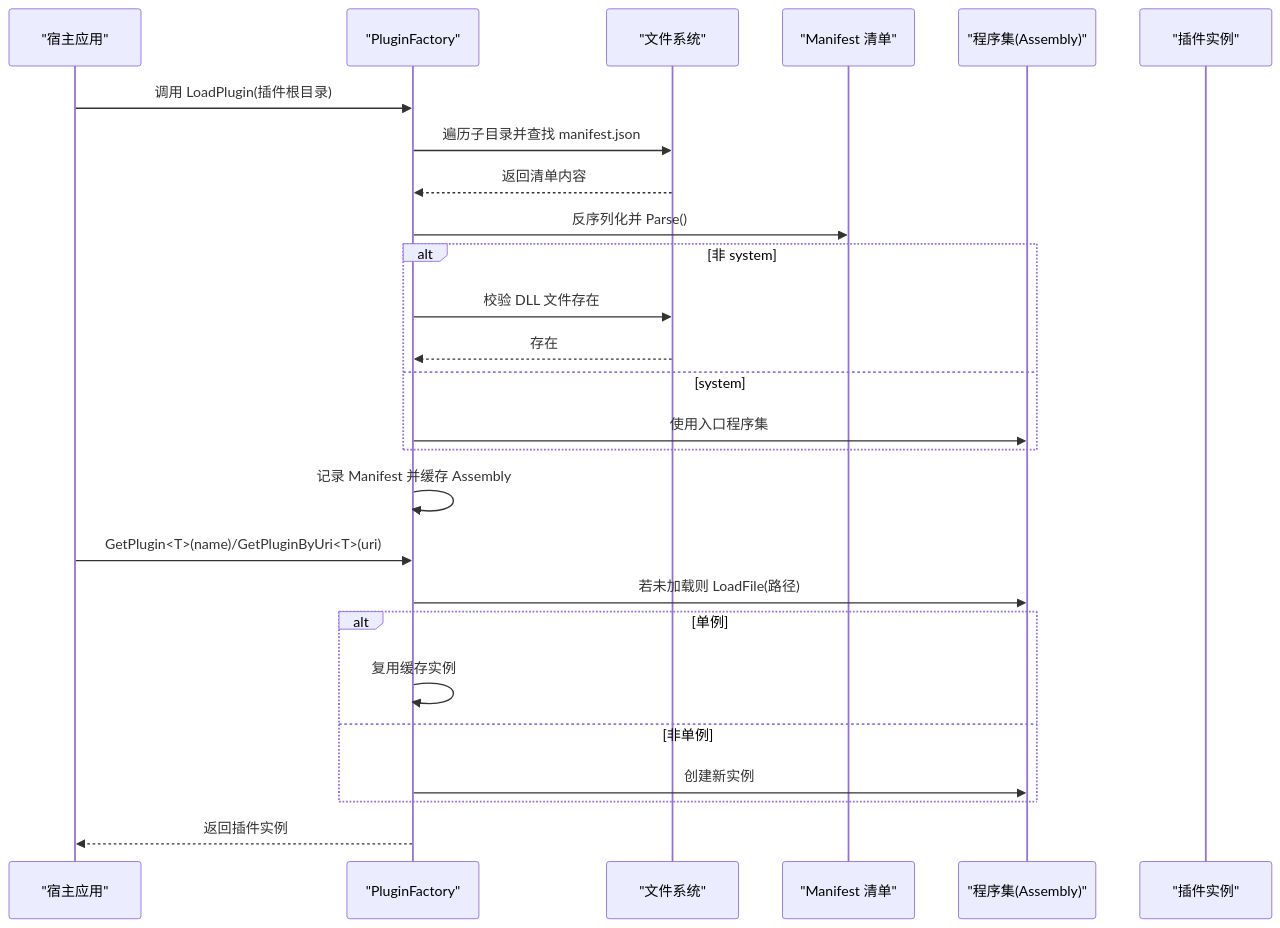
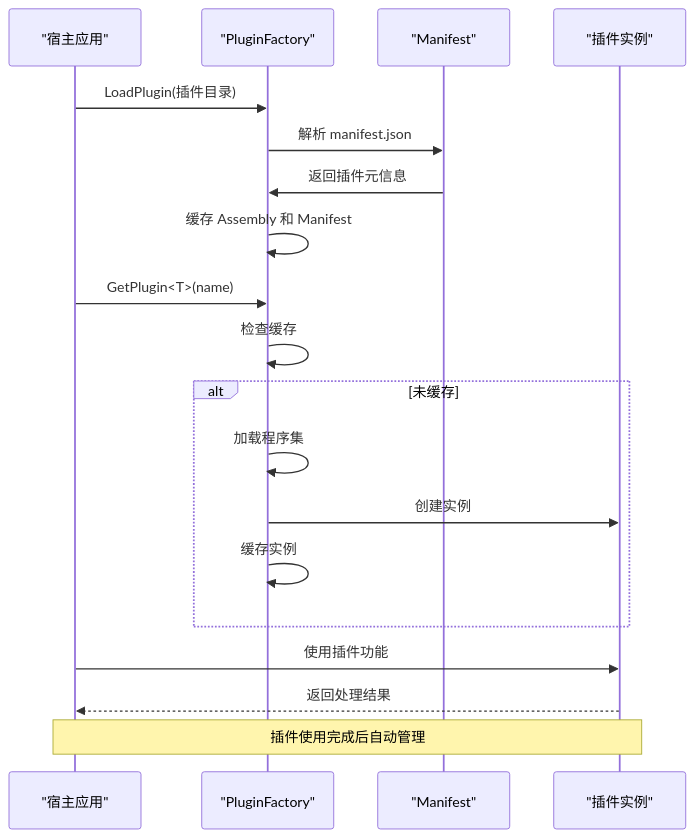
One commit to leadiot/Scm.Net changed the second of 6 diagrams in .qoder/repowiki/zh/content/插件扩展系统/插件扩展系统.md. Above: the diagram before and after it, drawn with Mermaid. The commit also changed other lines of this file and 126 other files, not shown here.

````diff
--- a/.qoder/repowiki/zh/content/插件扩展系统/插件扩展系统.md
+++ b/.qoder/repowiki/zh/content/插件扩展系统/插件扩展系统.md
@@ -115,28 +97,21 @@
 ```mermaid
 sequenceDiagram
 participant Host as "宿主应用"
 participant Factory as "PluginFactory"
-participant FS as "文件系统"
-participant Manifest as "Manifest 清单"
-participant Asm as "程序集(Assembly)"
+participant Manifest as "Manifest"
 participant Plugin as "插件实例"
-Host->>Factory : 调用 LoadPlugin(插件根目录)
-Factory->>FS : 遍历子目录并查找 manifest.json
-FS-->>Factory : 返回清单内容
-Factory->>Manifest : 反序列化并 Parse()
-alt 非 system
-Factory->>FS : 校验 DLL 文件存在
-FS-->>Factory : 存在
-else system
-Factory->>Asm : 使用入口程序集
+Host->>Factory : LoadPlugin(插件目录)
+Factory->>Manifest : 解析 manifest.json
+Manifest->>Factory : 返回插件元信息
+Factory->>Factory : 缓存 Assembly 和 Manifest
+Host->>Factory : GetPlugin<T>(name)
+Factory->>Factory : 检查缓存
+alt 未缓存
+Factory->>Factory : 加载程序集
+Factory->>Plugin : 创建实例
+Factory->>Factory : 缓存实例
 end
-Factory->>Factory : 记录 Manifest 并缓存 Assembly
-Host->>Factory : GetPlugin<T>(name)/GetPluginByUri<T>(uri)
-Factory->>Asm : 若未加载则 LoadFile(路径)
-alt 单例
-Factory->>Factory : 复用缓存实例
-else 非单例
-Factory->>Asm : 创建新实例
-end
-Factory-->>Host : 返回插件实例
+Host->>Plugin : 使用插件功能
+Plugin-->>Host : 返回处理结果
+Note over Host,Plugin : 插件使用完成后自动管理
 ```
````
